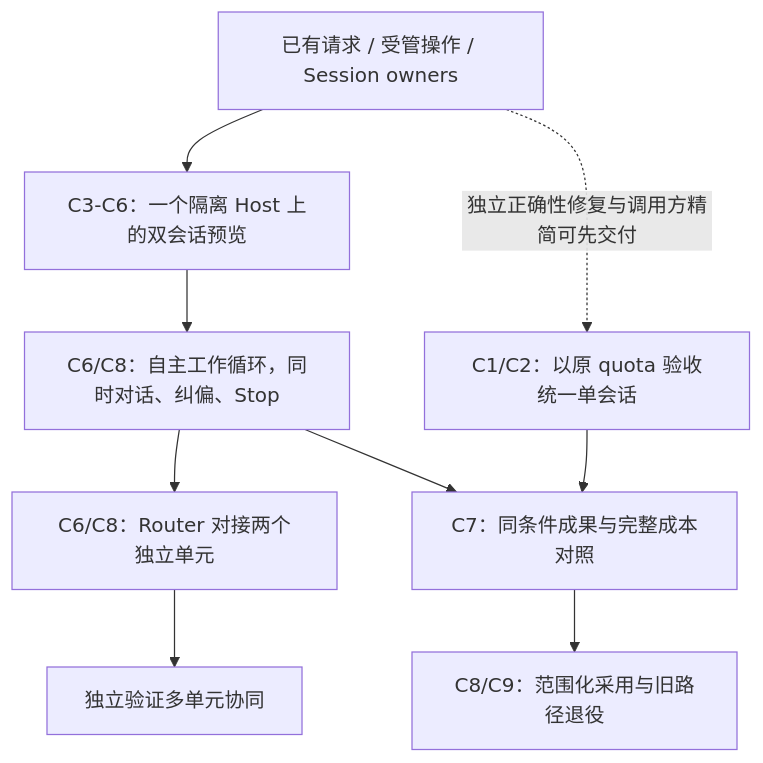
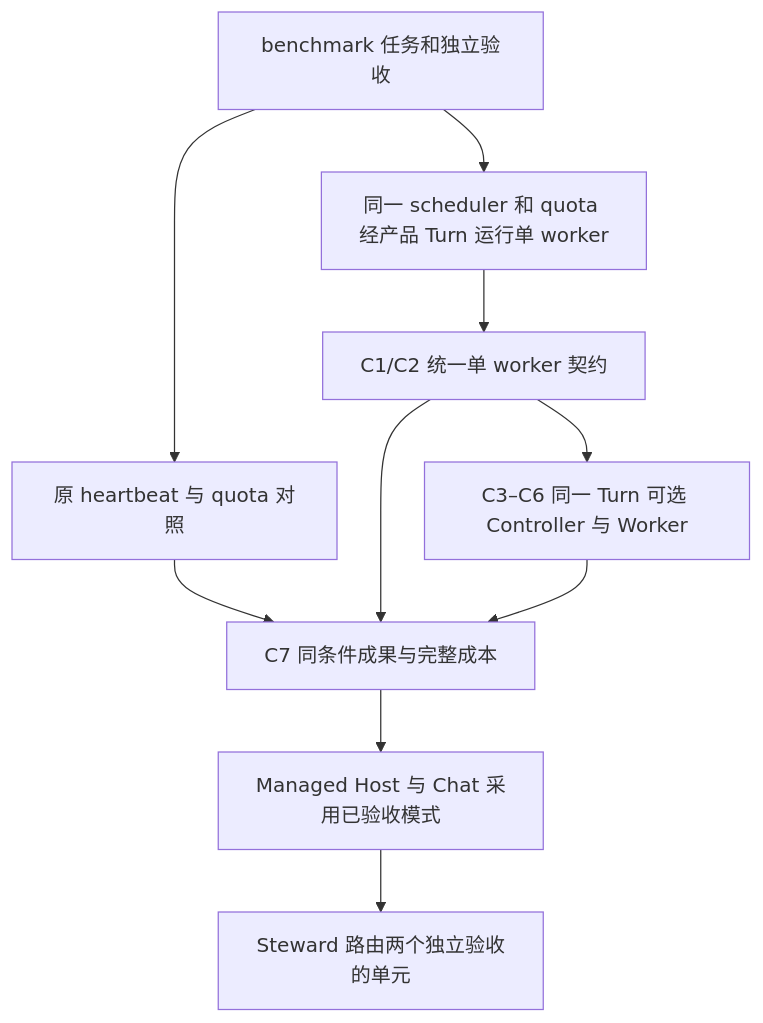
The ninth of 9 diagrams in docs/architecture/rfcs/controller-executor-unified-contract-v0.zh-CN.md (loopx-project/loopx), drawn with Mermaid before and after one commit. The commit also changed other lines of this file and 1 other file, not shown here.

Commit message:
Qualify public Turn through standard heartbeat before product adoption

````diff
--- a/docs/architecture/rfcs/controller-executor-unified-contract-v0.zh-CN.md
+++ b/docs/architecture/rfcs/controller-executor-unified-contract-v0.zh-CN.md
@@ -800,11 +800,12 @@
 ```mermaid
 flowchart TB
-  C1[C1/C2：以原 quota 验收统一单会话] --> E[C7：同条件成果与完整成本对照]
-  F[已有请求 / 受管操作 / Session owners] --> U[C3-C6：一个隔离 Host 上的双会话预览]
-  U --> I[C6/C8：自主工作循环，同时对话、纠偏、Stop]
-  I --> R[C6/C8：Router 对接两个独立单元]
-  I --> E
-  R --> M[独立验证多单元协同]
-  E --> Q[C8/C9：范围化采用与旧路径退役]
-  F -.独立正确性修复与调用方精简可先交付.-> C1
+  B[benchmark 任务和独立验收] --> H[原 heartbeat 与 quota 对照]
+  B --> T[同一 scheduler 和 quota 经产品 Turn 运行单 worker]
+  T --> U[C1/C2 统一单 worker 契约]
+  U --> D[C3–C6 同一 Turn 可选 Controller 与 Worker]
+  H --> E[C7 同条件成果与完整成本]
+  U --> E
+  D --> E
+  E --> P[Managed Host 与 Chat 采用已验收模式]
+  P --> R[Steward 路由两个独立验收的单元]
 ```
````
